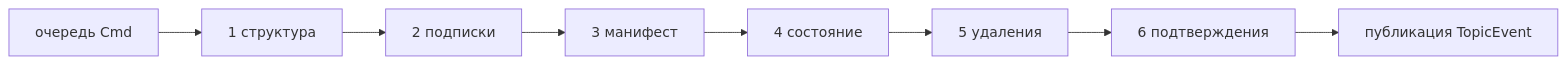
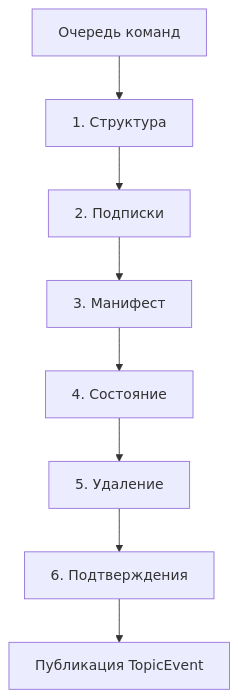
One commit to enviriot/EnviriotSW changed the second of 5 diagrams in README.md. Above: the diagram before and after it, drawn with Mermaid. The commit also changed other lines of this file and 5 other files, not shown here.

````diff
--- a/README.md
+++ b/README.md
@@ -89,10 +151,10 @@
 ```mermaid
-flowchart LR
-  q["очередь Cmd"] --> p1["1 структура"]
-  p1 --> p2["2 подписки"]
-  p2 --> p3["3 манифест"]
-  p3 --> p4["4 состояние"]
-  p4 --> p5["5 удаления"]
-  p5 --> p6["6 подтверждения"]
-  p6 --> pub["публикация TopicEvent"]
+flowchart TB
+  q["Очередь команд"] --> p1["1. Структура"]
+  p1 --> p2["2. Подписки"]
+  p2 --> p3["3. Манифест"]
+  p3 --> p4["4. Состояние"]
+  p4 --> p5["5. Удаление"]
+  p5 --> p6["6. Подтверждения"]
+  p6 --> pub["Публикация TopicEvent"]
 ```
````
